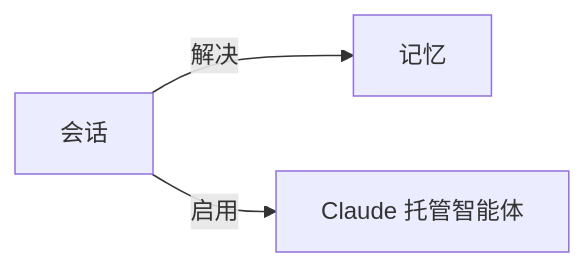
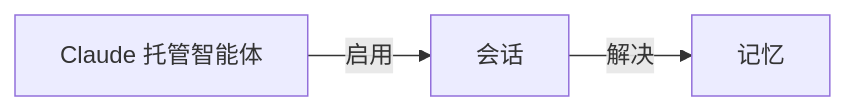
Before and after one commit to yibie/claude-best-practices-zh: the diagram in wiki/会话.md, drawn with Mermaid. The commit also changed other lines of this file and 407 other files, not shown here.

Commit message:
feat: DeepSeek 三遍审校（译文/关系/图谱）+ 可部署静态站点

````diff
--- a/wiki/会话.md
+++ b/wiki/会话.md
@@ -39,6 +41,6 @@
 ```mermaid
 graph LR
   C["会话"]
-  C -->|解决| N0["记忆"]
-  C -->|启用| N1["Claude 托管智能体"]
+  N0["Claude 托管智能体"] -->|启用| C
+  C -->|解决| N1["记忆"]
 ```
````
